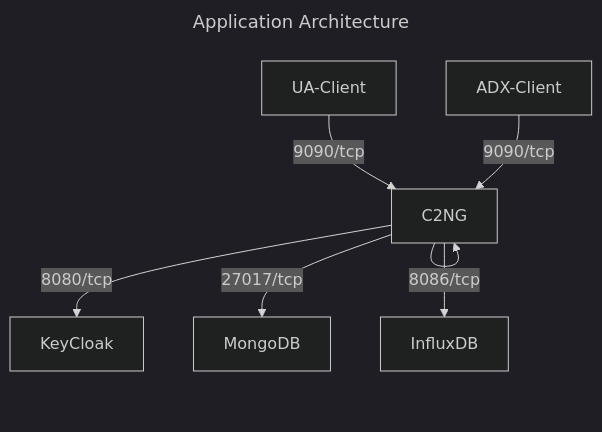
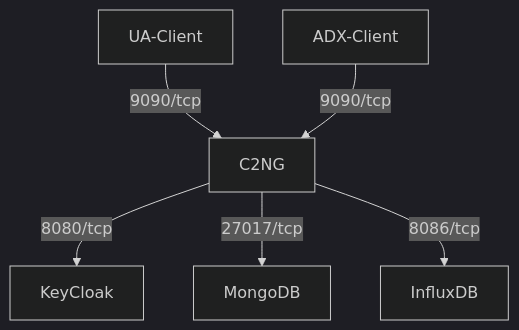
One commit to flyvercity/iot-ngin-c2ng changed the diagram in docs/ADMINISTRATION.md. Above: the diagram before and after it, drawn with Mermaid (dark theme). The commit also changed other lines of this file and 7 other files, not shown here.

````diff
--- a/docs/ADMINISTRATION.md
+++ b/docs/ADMINISTRATION.md
@@ -124,12 +124,8 @@
 ```mermaid
----
-title: Application Architecture
----
 flowchart
     UA-Client -- 9090/tcp --> C2NG
     ADX-Client -- 9090/tcp --> C2NG
     C2NG -- 8080/tcp --> KeyCloak
-    C2NG --> 
     C2NG -- 27017/tcp --> MongoDB
     C2NG -- 8086/tcp --> InfluxDB
 ```
````
